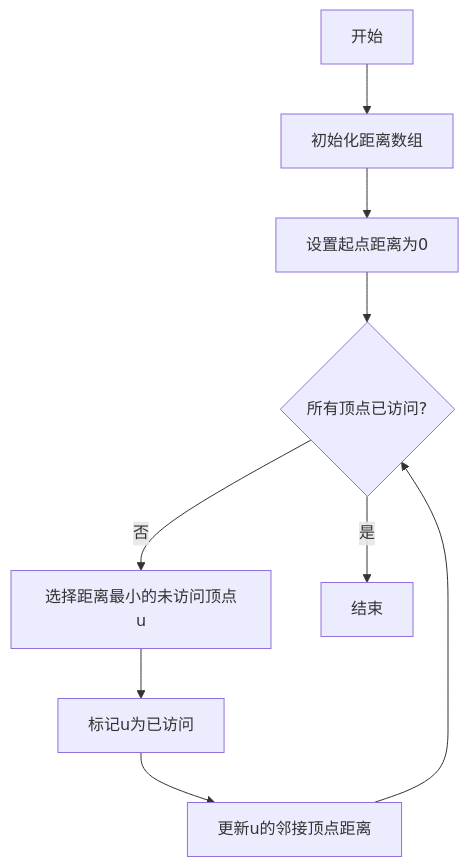
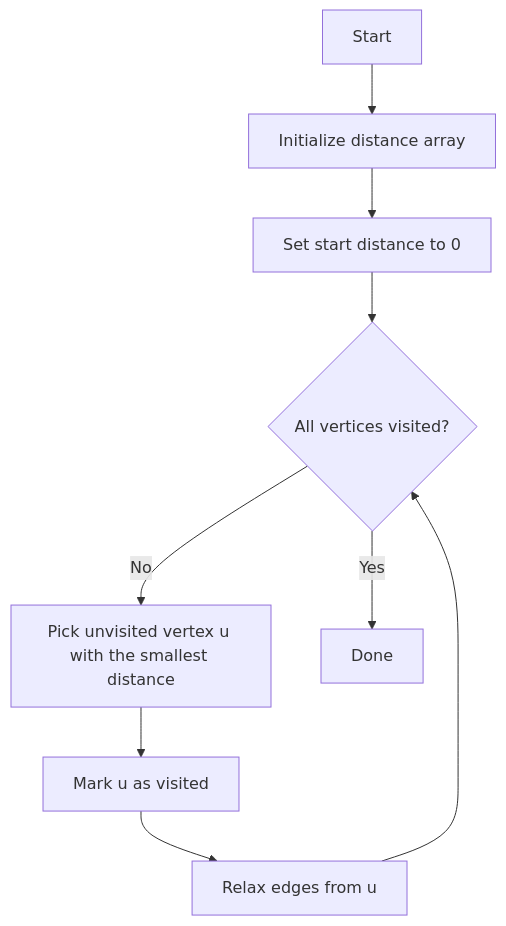
Before and after one commit to anjuxi/C-graph: the third of 3 diagrams in README.md, drawn with Mermaid. The commit also changed other lines of this file, not shown here.

````diff
--- a/README.md
+++ b/README.md
@@ -141,11 +141,11 @@
 ```mermaid
 graph TD
-    A[开始] --> B[初始化距离数组]
-    B --> C[设置起点距离为0]
-    C --> D{所有顶点已访问?}
-    D -->|否| E[选择距离最小的未访问顶点u]
-    E --> F[标记u为已访问]
-    F --> G[更新u的邻接顶点距离]
+    A[Start] --> B[Initialize distance array]
+    B --> C[Set start distance to 0]
+    C --> D{All vertices visited?}
+    D -->|No| E[Pick unvisited vertex u with the smallest distance]
+    E --> F[Mark u as visited]
+    F --> G[Relax edges from u]
     G --> D
-    D -->|是| H[结束]
+    D -->|Yes| H[Done]
 ```
````
